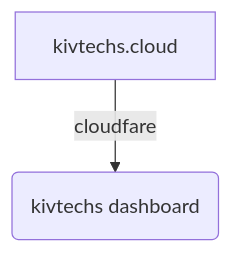
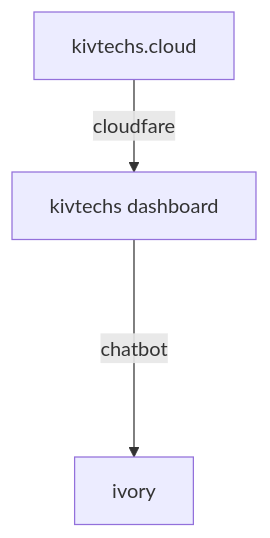
One commit to kivtechs-uml/kivtechs-uml changed the second of 2 diagrams in README.md. Above: the diagram before and after it, drawn with Mermaid.

````diff
--- a/README.md
+++ b/README.md
@@ -22,8 +22,9 @@
 ```mermaid
 flowchart TD
     A[kivtechs.cloud] -->|cloudfare| B(kivtechs dashboard)
+    B[kivtechs dashboard] ----> |chatbot| E[ivory]
 
 
 
 
 ```
````
